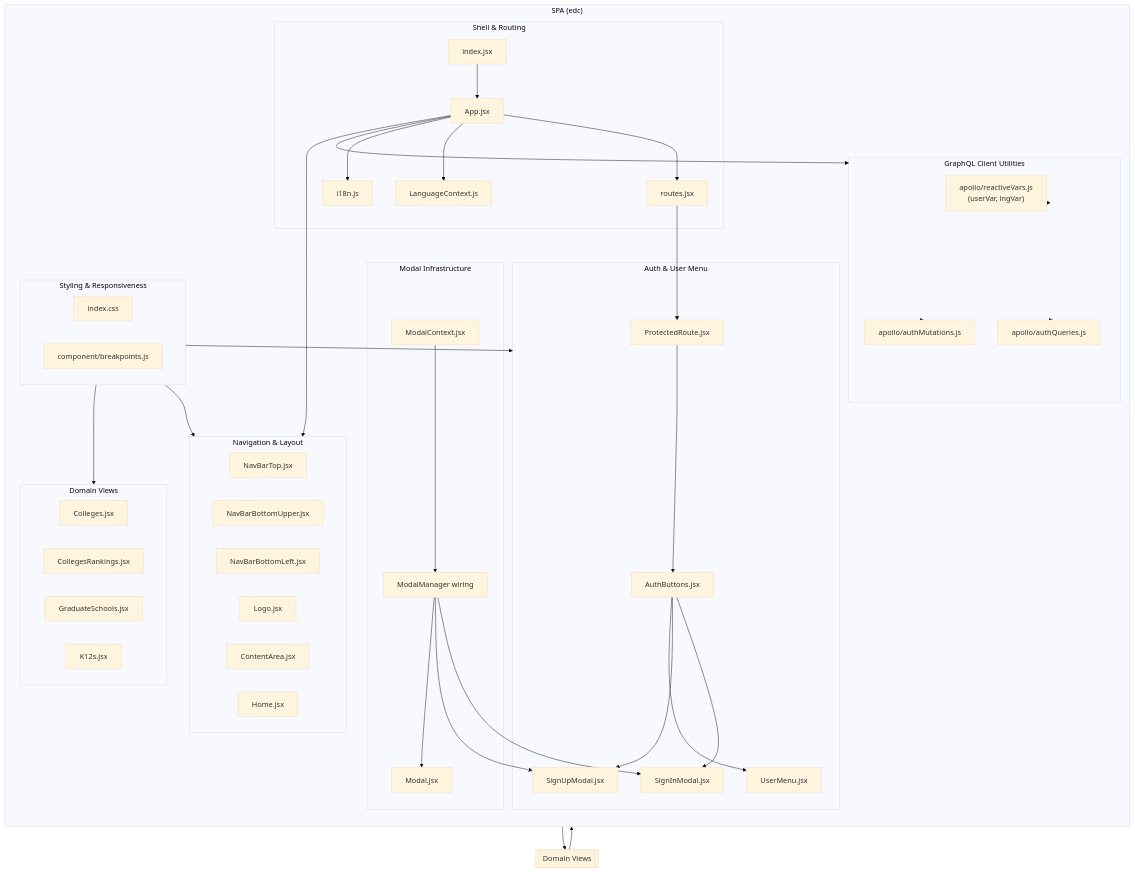
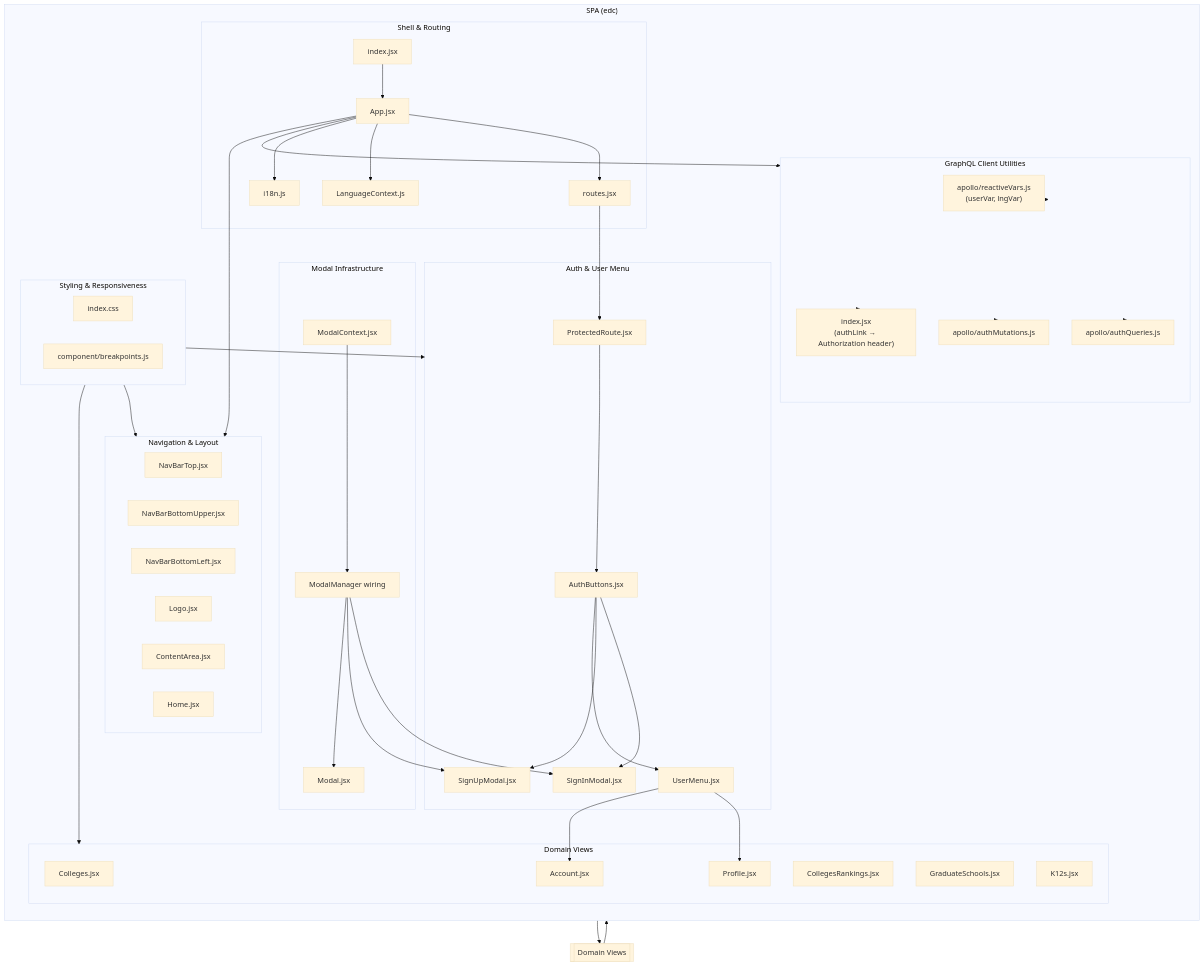
One commit to kidvz/ecs changed the fourth of 7 diagrams in Architecture.md. Above: the diagram before and after it, drawn with Mermaid (base theme). The commit also changed other lines of this file, not shown here.

Commit message:
chore: update architecture documentation to include user profile and account management components

```diff
--- a/Architecture.md
+++ b/Architecture.md
@@ -272,6 +272,8 @@
       RANKINGS["CollegesRankings.jsx"]
       GRAD["GraduateSchools.jsx"]
       K12["K12s.jsx"]
+      PROFILE["Profile.jsx"]
+      ACCOUNT["Account.jsx"]
     end
 
     subgraph AuthMenu["Auth & User Menu"]
@@ -292,6 +294,7 @@
       VARS["apollo/reactiveVars.js\n(userVar, lngVar)"]
       AUTH_Q["apollo/authQueries.js"]
       AUTH_M["apollo/authMutations.js"]
+      AUTH_LINK["index.jsx\n(authLink → Authorization header)"]
     end
 
     subgraph Styling["Styling & Responsiveness"]
@@ -311,6 +314,9 @@
   NavLayout --> DOMAINVIEWS[["Domain Views"]]
   DOMAINVIEWS --> DomainViews
 
+  USERMENU --> PROFILE
+  USERMENU --> ACCOUNT
+
   ROUTES --> PROTECTED
   PROTECTED --> AUTH_BTNS
 
@@ -326,6 +332,7 @@
   ApolloClient --> VARS
   ApolloClient --> AUTH_Q
   ApolloClient --> AUTH_M
+  ApolloClient --> AUTH_LINK
 
   Styling --> NavLayout
   Styling --> DomainViews
```
